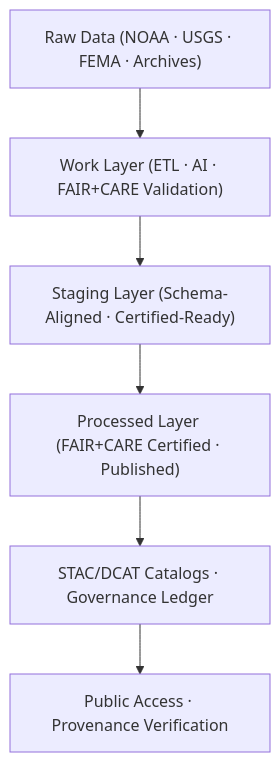
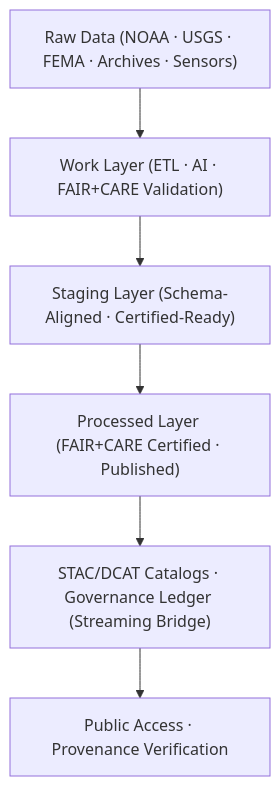
Before and after one commit to bartytime4life/Kansas-Frontier-Matrix: the first of 2 diagrams in data/ARCHITECTURE.md, drawn with Mermaid. The commit also changed other lines of this file, not shown here.

````diff
--- a/data/ARCHITECTURE.md
+++ b/data/ARCHITECTURE.md
@@ -55,8 +57,8 @@
 ```mermaid
 flowchart TD
-    A["Raw Data (NOAA · USGS · FEMA · Archives)"] --> B["Work Layer (ETL · AI · FAIR+CARE Validation)"]
+    A["Raw Data (NOAA · USGS · FEMA · Archives · Sensors)"] --> B["Work Layer (ETL · AI · FAIR+CARE Validation)"]
     B --> C["Staging Layer (Schema-Aligned · Certified-Ready)"]
     C --> D["Processed Layer (FAIR+CARE Certified · Published)"]
-    D --> E["STAC/DCAT Catalogs · Governance Ledger"]
+    D --> E["STAC/DCAT Catalogs · Governance Ledger (Streaming Bridge)"]
     E --> F["Public Access · Provenance Verification"]
 ```
````
